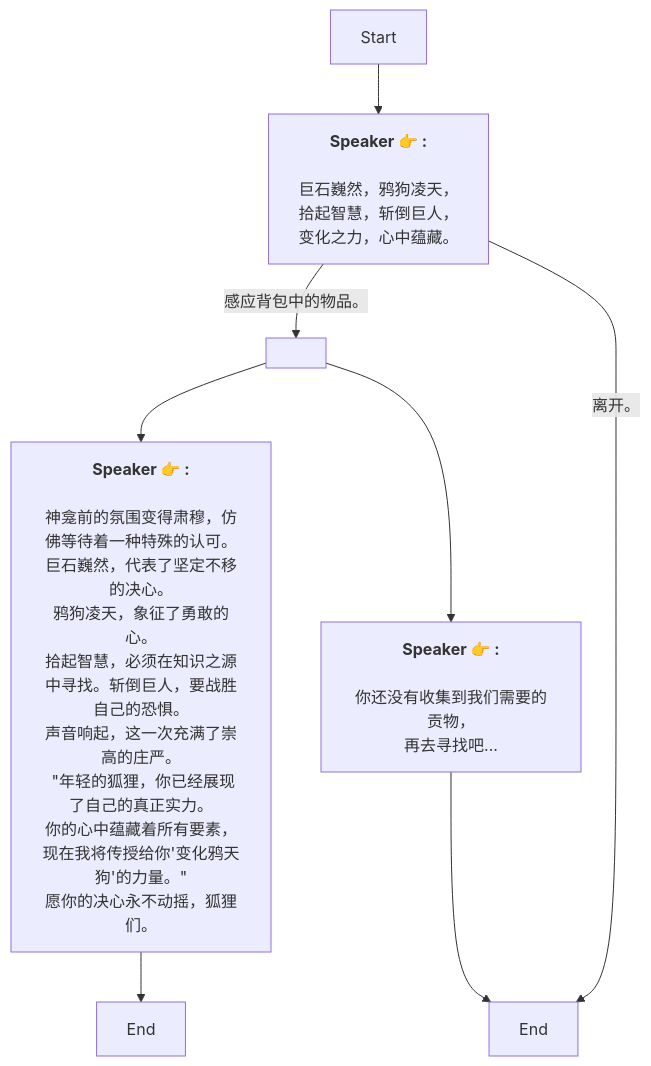
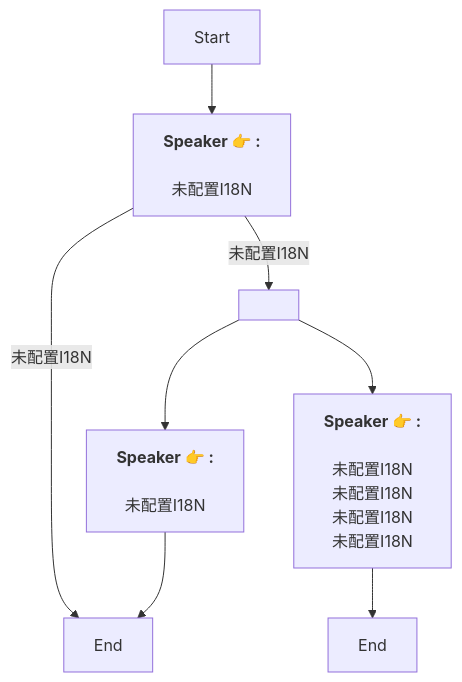
One commit to SoftHu/tos_avg changed the diagram in Zh/AddDialogNode_1738975568286017.md. Above: the diagram before and after it, drawn with Mermaid. The commit also changed 780 other files, not shown here.

````diff
--- a/Zh/AddDialogNode_1738975568286017.md
+++ b/Zh/AddDialogNode_1738975568286017.md
@@ -1,21 +1,14 @@
 ```mermaid
 graph
 Start -->1738975602819396[<b>Speaker 👉 :</b>
-\n巨石巍然，鸦狗凌天，
-拾起智慧，斩倒巨人，
-变化之力，心中蕴藏。]
-1738975602819396 -->|感应背包中的物品。|1738975698541899[ ]
-1738975602819396 -->|离开。|1738975792784718[End]
+\n未配置I18N]
+1738975602819396 -->|未配置I18N|1738975792784718[End]
+1738975602819396 -->|未配置I18N|1738975698541899[ ]
+1738975698541899 -->1738975756244301[<b>Speaker 👉 :</b>
+\n未配置I18N]
 1738975698541899 -->1738975713146188[<b>Speaker 👉 :</b>
-\n神龛前的氛围变得肃穆，仿佛等待着一种特殊的认可。\n巨石巍然，代表了坚定不移的决心。
-鸦狗凌天，象征了勇敢的心。
-拾起智慧，必须在知识之源中寻找。斩倒巨人，要战胜自己的恐惧。\n声音响起，这一次充满了崇高的庄严。
- &quot;年轻的狐狸，你已经展现了自己的真正实力。
-你的心中蕴藏着所有要素，现在我将传授给你'变化鸦天狗'的力量。&quot;\n愿你的决心永不动摇，狐狸们。]
-1738975698541899 -->1738975756244301[<b>Speaker 👉 :</b>
-\n你还没有收集到我们需要的贡物，
-再去寻找吧...]
+\n未配置I18N\n未配置I18N\n未配置I18N\n未配置I18N]
 1738975713146188 -->1738976137127247[End]
 1738975756244301 -->1738975792784718[End]
 
 ```
````
